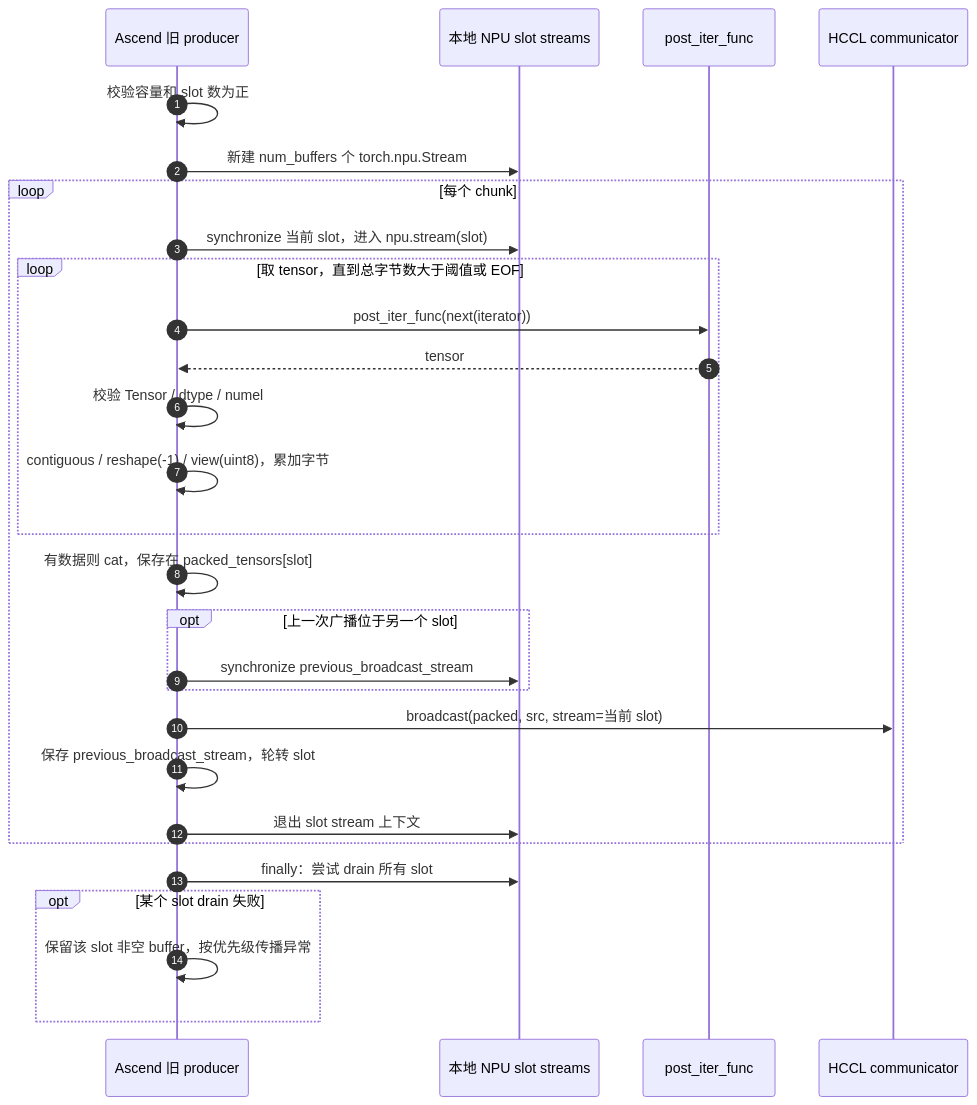
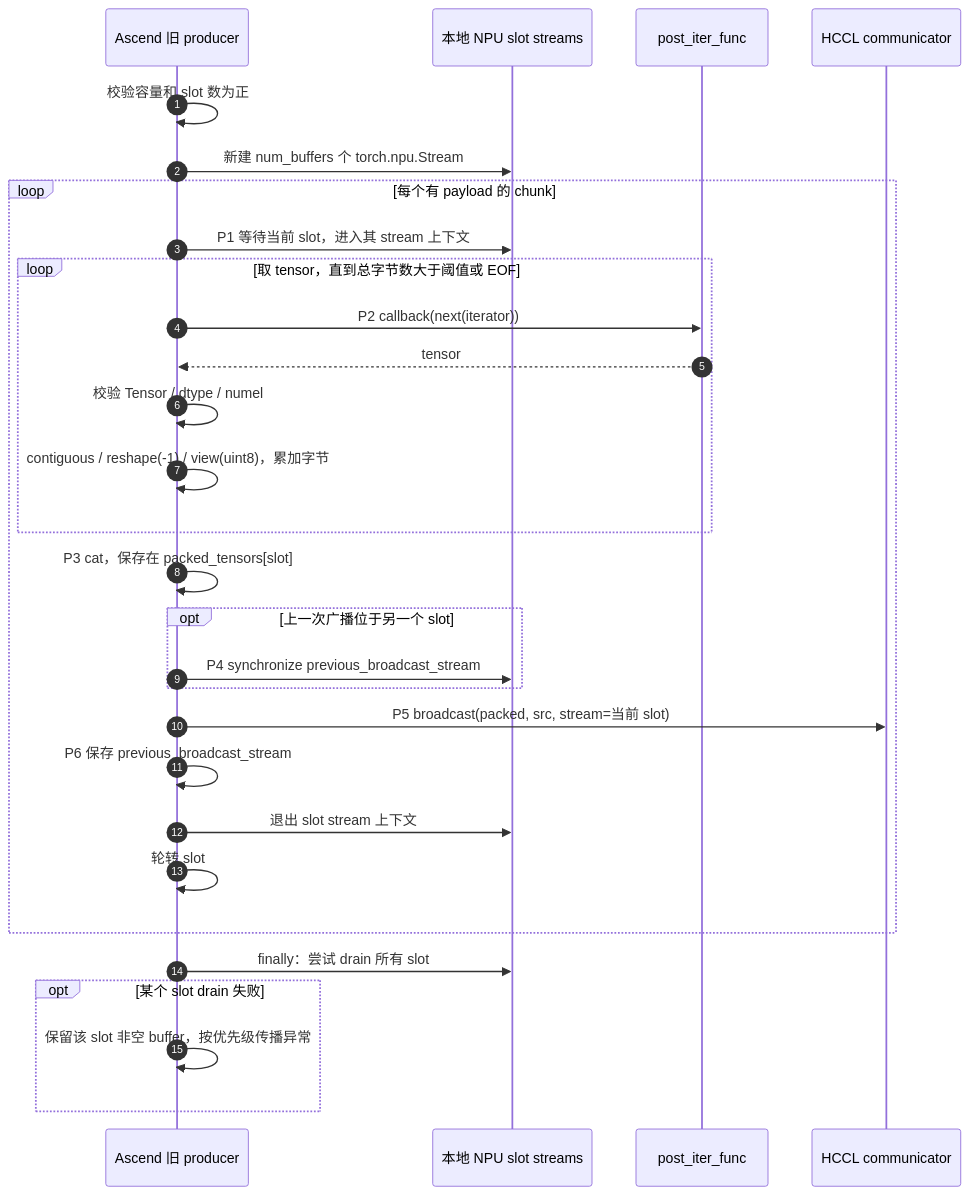
One commit to Liccol/ref-doc changed the third of 10 diagrams in vllm/weight-transfer/packed-tensor-design.md. Above: the diagram before and after it, drawn with Mermaid. The commit also changed other lines of this file and 8 other files, not shown here.

````diff
--- a/vllm/weight-transfer/packed-tensor-design.md
+++ b/vllm/weight-transfer/packed-tensor-design.md
@@ -156,30 +157,31 @@
 ```mermaid
 sequenceDiagram
     autonumber
     participant L as Ascend 旧 producer
     participant S as 本地 NPU slot streams
     participant F as post_iter_func
     participant G as HCCL communicator
     L->>L: 校验容量和 slot 数为正
     L->>S: 新建 num_buffers 个 torch.npu.Stream
-    loop 每个 chunk
-        L->>S: synchronize 当前 slot，进入 npu.stream(slot)
+    loop 每个有 payload 的 chunk
+        L->>S: P1 等待当前 slot，进入其 stream 上下文
         loop 取 tensor，直到总字节数大于阈值或 EOF
-            L->>F: post_iter_func(next(iterator))
+            L->>F: P2 callback(next(iterator))
             F-->>L: tensor
             L->>L: 校验 Tensor / dtype / numel
             L->>L: contiguous / reshape(-1) / view(uint8)，累加字节
         end
-        L->>L: 有数据则 cat，保存在 packed_tensors[slot]
+        L->>L: P3 cat，保存在 packed_tensors[slot]
         opt 上一次广播位于另一个 slot
-            L->>S: synchronize previous_broadcast_stream
+            L->>S: P4 synchronize previous_broadcast_stream
         end
-        L->>G: broadcast(packed, src, stream=当前 slot)
-        L->>L: 保存 previous_broadcast_stream，轮转 slot
+        L->>G: P5 broadcast(packed, src, stream=当前 slot)
+        L->>L: P6 保存 previous_broadcast_stream
         L->>S: 退出 slot stream 上下文
+        L->>L: 轮转 slot
     end
     L->>S: finally：尝试 drain 所有 slot
     opt 某个 slot drain 失败
         L->>L: 保留该 slot 非空 buffer，按优先级传播异常
     end
 ```
````
